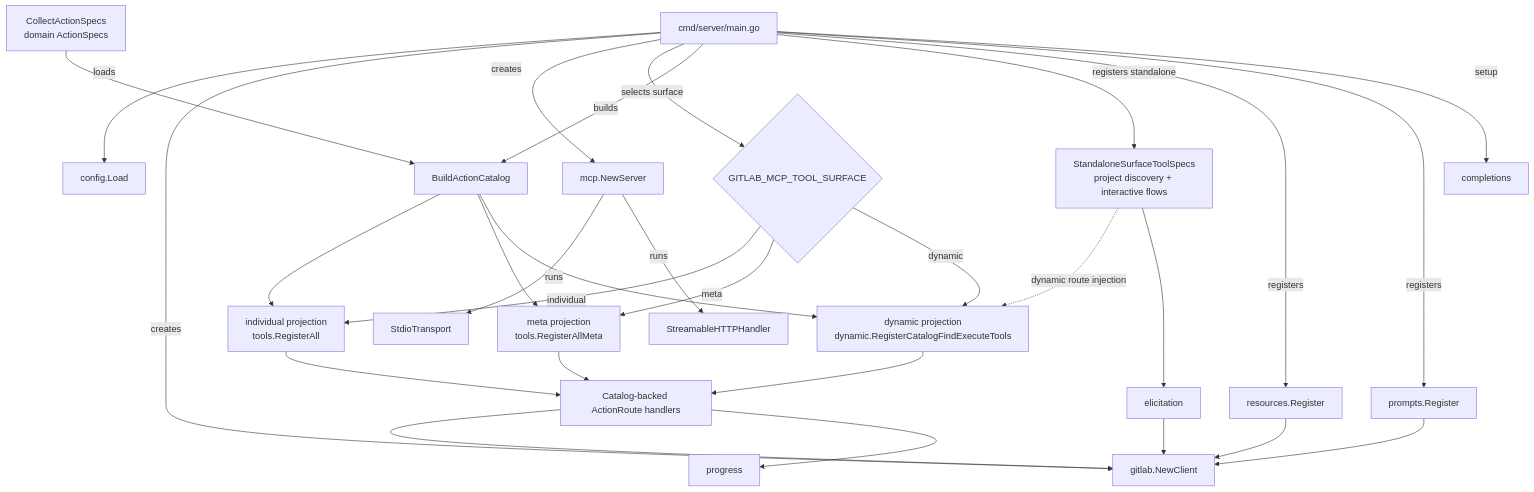
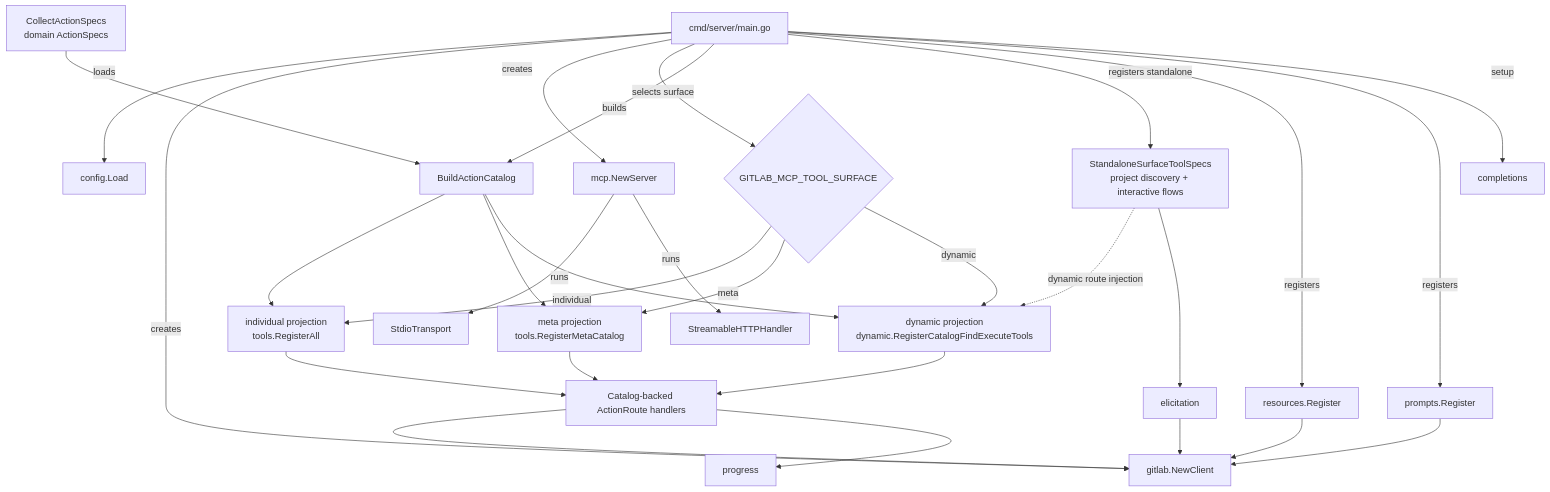
Before and after one commit to jmrplens/gitlab-mcp-server: the first of 2 diagrams in docs/development/development.md, drawn with Mermaid. The commit also changed other lines of this file and 192 other files, not shown here.

````diff
--- a/docs/development/development.md
+++ b/docs/development/development.md
@@ -88,31 +88,31 @@
 ```mermaid
 graph TD
     MAIN[cmd/server/main.go] -->|loads| CFG[config.Load]
     MAIN -->|creates| GL[gitlab.NewClient]
     MAIN -->|creates| SRV[mcp.NewServer]
     MAIN -->|selects surface| SURFACE{GITLAB_MCP_TOOL_SURFACE}
     SPECS[CollectActionSpecs<br/>domain ActionSpecs] --> CATALOG[BuildActionCatalog]
     MAIN -->|builds| CATALOG
     CATALOG --> IND[individual projection<br/>tools.RegisterAll]
-    CATALOG --> META[meta projection<br/>tools.RegisterAllMeta]
+    CATALOG --> META[meta projection<br/>tools.RegisterMetaCatalog]
     CATALOG --> DYN[dynamic projection<br/>dynamic.RegisterCatalogFindExecuteTools]
     STANDALONE[StandaloneSurfaceToolSpecs<br/>project discovery + interactive flows] -.->|dynamic route injection| DYN
     SURFACE -->|individual| IND
     SURFACE -->|meta| META
     SURFACE -->|dynamic| DYN
     IND --> PROJECTION[Catalog-backed ActionRoute handlers]
     META --> PROJECTION
     DYN --> PROJECTION
     MAIN -->|registers standalone| STANDALONE
     MAIN -->|registers| RES[resources.Register]
     MAIN -->|registers| PROMPTS[prompts.Register]
     MAIN -->|setup| COMP[completions]
     SRV -->|runs| STDIO[StdioTransport]
     SRV -->|runs| HTTP[StreamableHTTPHandler]
     PROJECTION --> GL
     PROJECTION --> PROG[progress]
     STANDALONE --> ELIC[elicitation]
     ELIC --> GL
     RES --> GL
     PROMPTS --> GL
 ```
````
